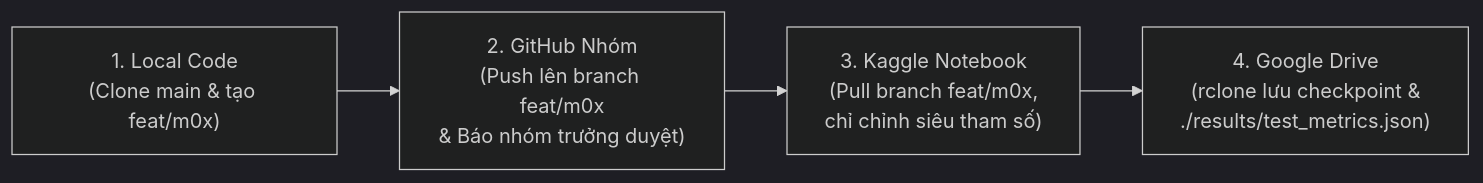
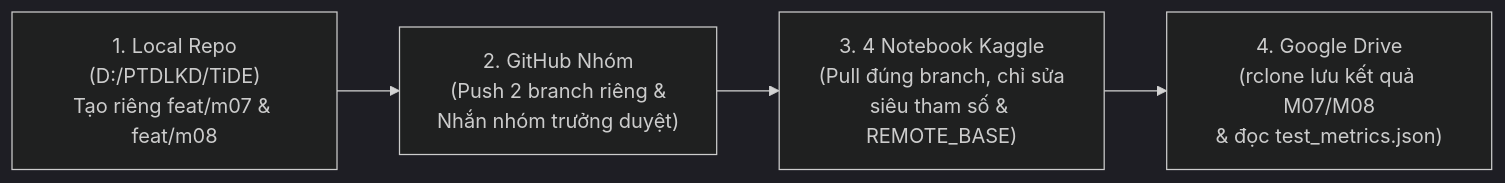
One commit to snowflake-vibing/Project-Experimental-TiDE changed the diagram in tasks-Hieu/final-sprint/README.md. Above: the diagram before and after it, drawn with Mermaid (dark theme). The commit also changed other lines of this file and 4 other files, not shown here.

````diff
--- a/tasks-Hieu/final-sprint/README.md
+++ b/tasks-Hieu/final-sprint/README.md
@@ -15,6 +15,6 @@
 ```mermaid
 flowchart LR
-    A["1. Local Code<br/>(Clone main & tạo feat/m0x)"] --> B["2. GitHub Nhóm<br/>(Push lên branch feat/m0x<br/>& Báo nhóm trưởng duyệt)"]
-    B --> C["3. Kaggle Notebook<br/>(Pull branch feat/m0x,<br/>chỉ chỉnh siêu tham số)"]
-    C --> D["4. Google Drive<br/>(rclone lưu checkpoint &<br/>./results/test_metrics.json)"]
+    A["1. Local Repo<br/>(D:/PTDLKD/TiDE)<br/>Tạo riêng feat/m07 & feat/m08"] --> B["2. GitHub Nhóm<br/>(Push 2 branch riêng &<br/>Nhắn nhóm trưởng duyệt)"]
+    B --> C["3. 4 Notebook Kaggle<br/>(Pull đúng branch, chỉ sửa<br/>siêu tham số & REMOTE_BASE)"]
+    C --> D["4. Google Drive<br/>(rclone lưu kết quả M07/M08<br/>& đọc test_metrics.json)"]
 ```
````
